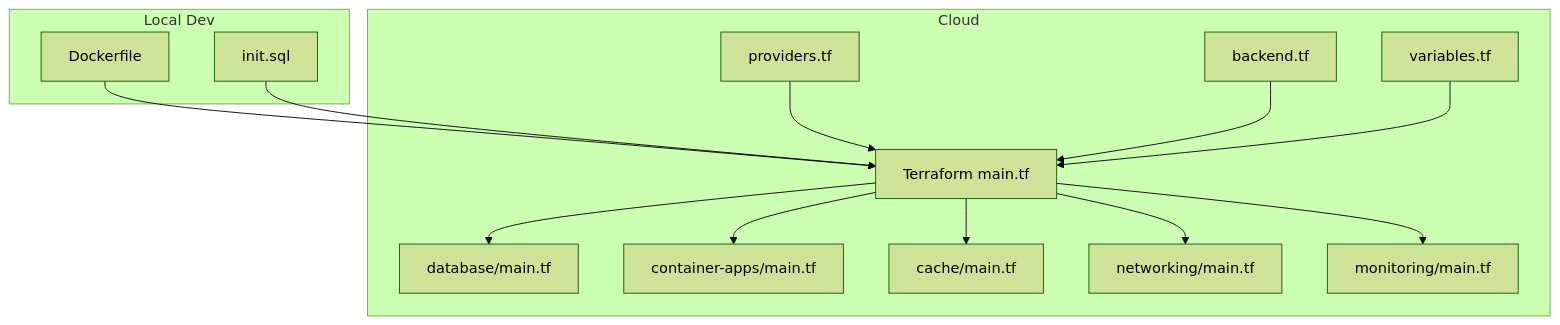
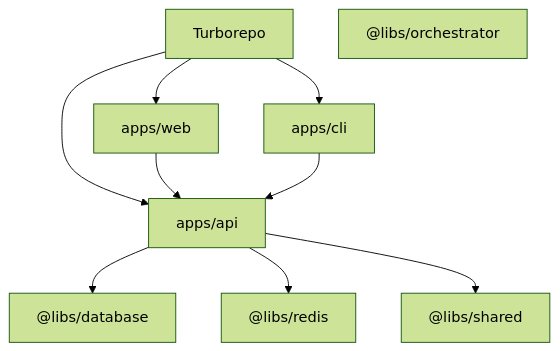
Before and after one commit to BAS-More/Quiz2Biz: the ninth of 9 diagrams in .qoder/repowiki/en/content/Architecture Overview/Architecture Overview.md, drawn with Mermaid (forest theme). The commit also changed other lines of this file and 191 other files, not shown here.

````diff
--- a/.qoder/repowiki/en/content/Architecture Overview/Architecture Overview.md
+++ b/.qoder/repowiki/en/content/Architecture Overview/Architecture Overview.md
@@ -578,28 +350,19 @@
 ```mermaid
 graph TB
-subgraph "Local Dev"
-Dockerfile["Dockerfile"]
-InitSQL["init.sql"]
-end
-subgraph "Cloud"
-TFMain["Terraform main.tf"]
-TFProviders["providers.tf"]
-TFBackend["backend.tf"]
-TFVars["variables.tf"]
-DBMod["database/main.tf"]
-CAzure["container-apps/main.tf"]
-CacheMod["cache/main.tf"]
-NetMod["networking/main.tf"]
-MonMod["monitoring/main.tf"]
-end
-Dockerfile --> TFMain
-InitSQL --> TFMain
-TFMain --> DBMod
-TFMain --> CAzure
-TFMain --> CacheMod
-TFMain --> NetMod
-TFMain --> MonMod
-TFProviders --> TFMain
-TFBackend --> TFMain
-TFVars --> TFMain
+TURBO["Turborepo"]
+API["apps/api"]
+WEB["apps/web"]
+CLI["apps/cli"]
+DBLIB["@libs/database"]
+REDIS["@libs/redis"]
+ORCH["@libs/orchestrator"]
+SHAREDLIB["@libs/shared"]
+TURBO --> API
+TURBO --> WEB
+TURBO --> CLI
+API --> DBLIB
+API --> REDIS
+API --> SHAREDLIB
+WEB --> API
+CLI --> API
 ```
````
